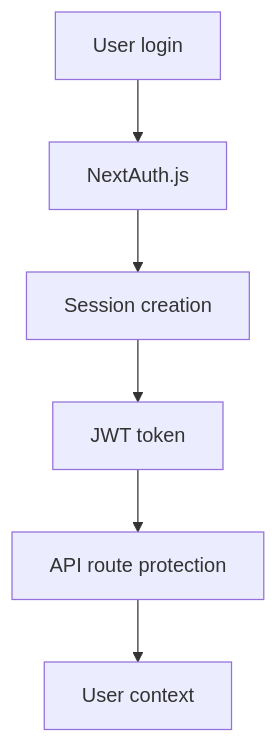
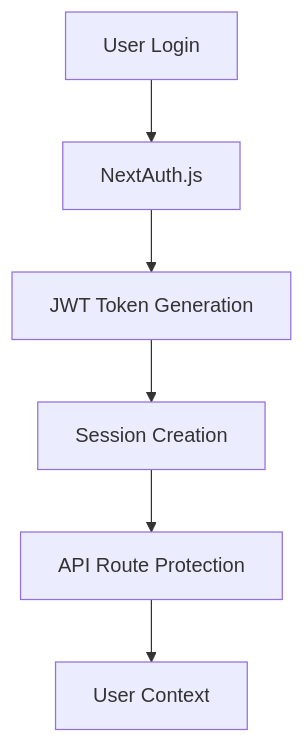
One commit to richvergo/subtract changed diagram 11 of 11 in ARCHITECTURE.md. Above: the diagram before and after it, drawn with Mermaid. The commit also changed other lines of this file and 148 other files, not shown here.

````diff
--- a/ARCHITECTURE.md
+++ b/ARCHITECTURE.md
@@ -354,8 +412,8 @@
 ```mermaid
 graph TD
-    A[User login] --> B[NextAuth.js]
-    B --> C[Session creation]
-    C --> D[JWT token]
-    D --> E[API route protection]
-    E --> F[User context]
+    A[User Login] --> B[NextAuth.js]
+    B --> C[JWT Token Generation]
+    C --> D[Session Creation]
+    D --> E[API Route Protection]
+    E --> F[User Context]
 ```
````
